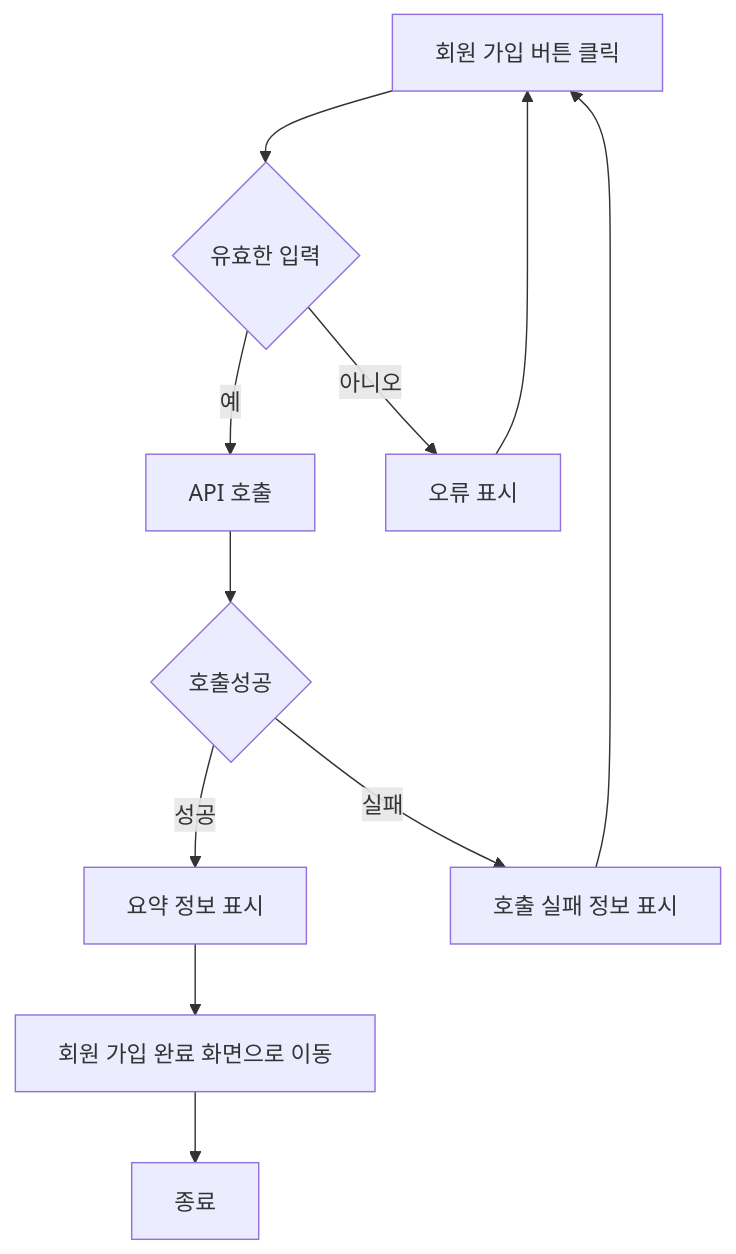
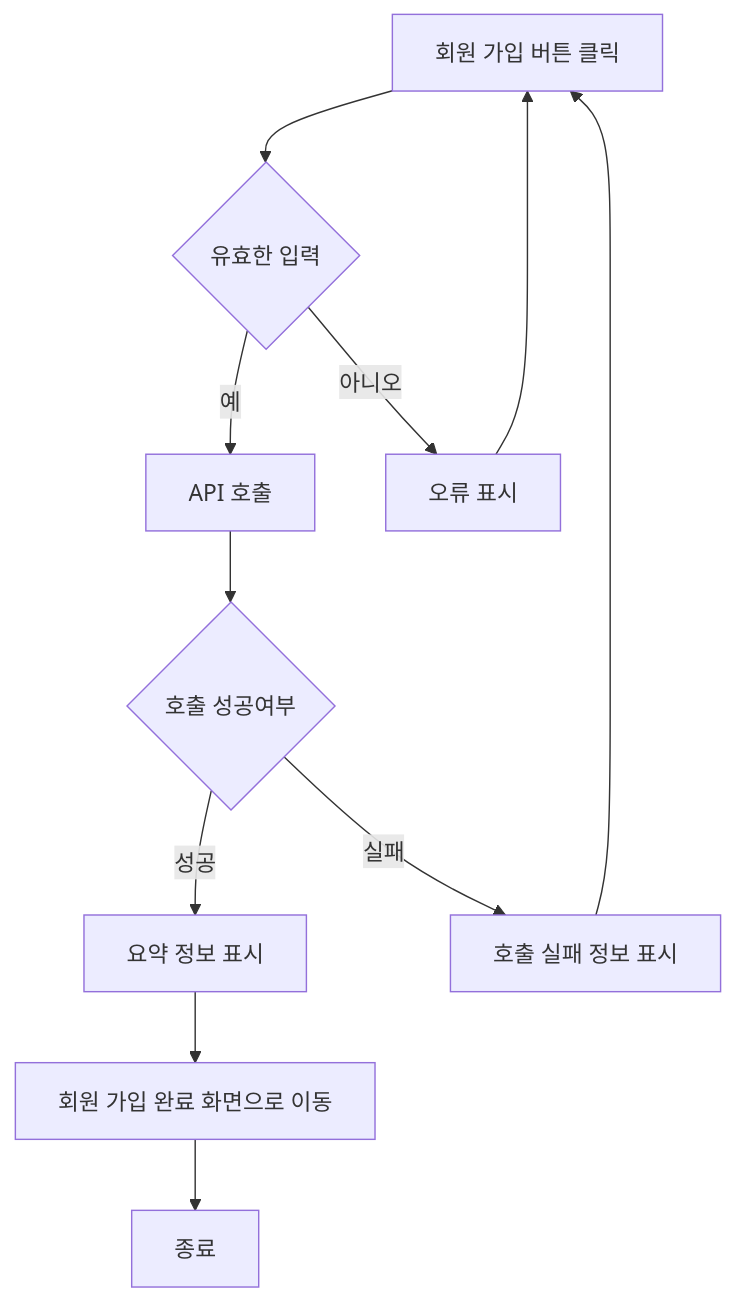
Before and after one commit to Dev-FE-2/3_swim_diary: the first of 40 diagrams in design/기능정의서.md, drawn with Mermaid.

Commit message:
회원가입 순서도에서 호출성공 -> 호출 성공 여부로 수정

````diff
--- a/design/기능정의서.md
+++ b/design/기능정의서.md
@@ -33,14 +33,14 @@
 ```mermaid
 flowchart TD
 
 A[회원 가입 버튼 클릭] --> B{유효한 입력}
 B -- 예 --> C[API 호출]
 B -- 아니오 --> D[오류 표시]
 D --> A
-C --> E{호출성공}
+C --> E{호출 성공여부}
 E -- 성공 --> F[요약 정보 표시]
 E -- 실패 --> G[호출 실패 정보 표시]
 G --> A
 F --> H[회원 가입 완료 화면으로 이동]
 H --> Z[종료]
 ```
````
